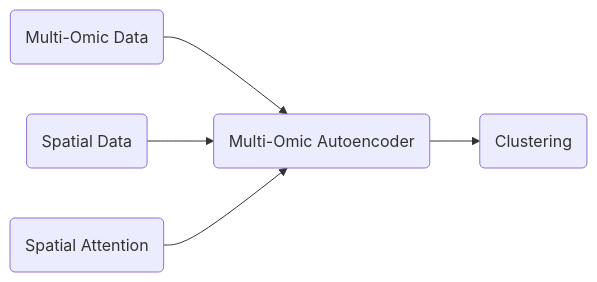
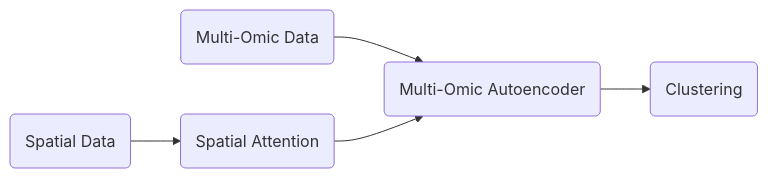
One commit to karanwxliaa/MultiOmics-Research changed the first of 10 diagrams in flowchart_maybe.md. Above: the diagram before and after it, drawn with Mermaid. The commit also changed other lines of this file, not shown here.

````diff
--- a/flowchart_maybe.md
+++ b/flowchart_maybe.md
@@ -3,7 +3,7 @@
 ```mermaid
 graph LR
 A(Multi-Omic Data) --> C(Multi-Omic Autoencoder)
-B(Spatial Data) --> C
+B(Spatial Data) --> D(Spatial Attention)
 C --> E(Clustering)
-D(Spatial Attention) --> C
+D --> C
 ```
````
